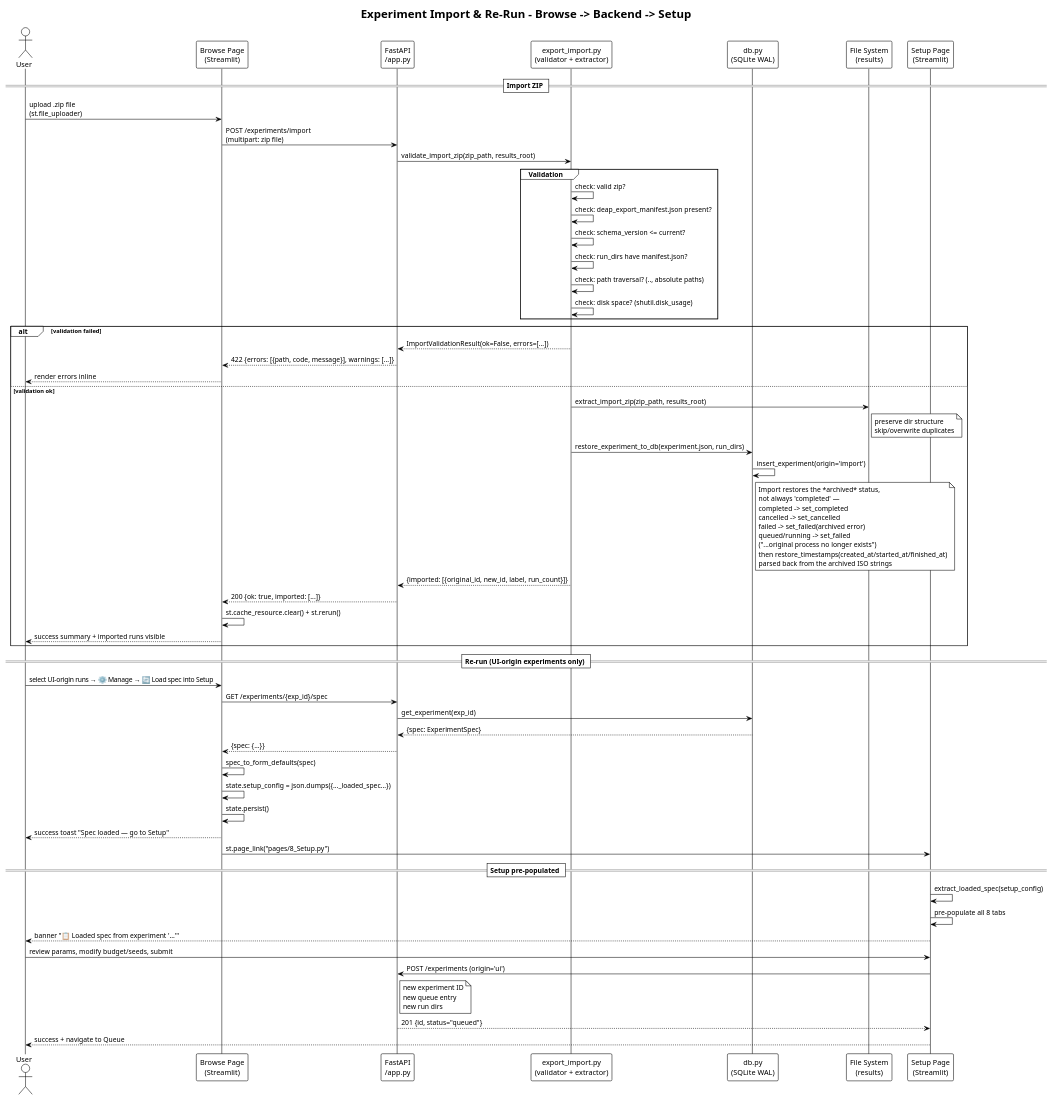
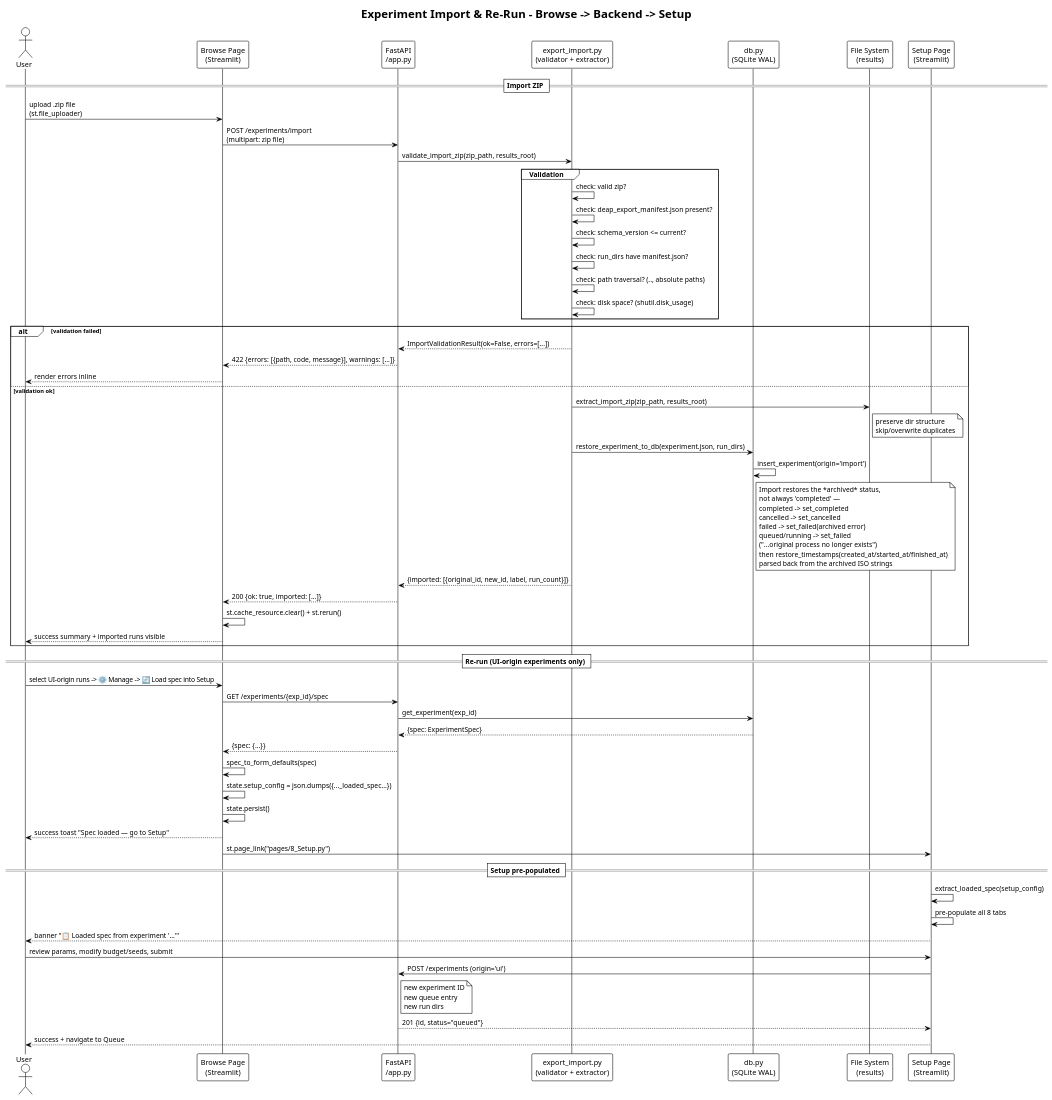
The diagram in docs/UML/sequence_import_rerun.puml (Alex180504/DEAP-Zoo-bridge), drawn with PlantUML before and after one commit. The commit also changed 76 other files, not shown here.

```diff
--- a/docs/UML/sequence_import_rerun.puml
+++ b/docs/UML/sequence_import_rerun.puml
@@ -1,65 +1,65 @@
 @startuml sequence_import_rerun
 !theme plain
 title Experiment Import & Re-Run – Browse -> Backend -> Setup
 
 actor User
 participant "Browse Page\n(Streamlit)" as Browse
 participant "FastAPI\n/app.py" as API
 participant "export_import.py\n(validator + extractor)" as EI
 participant "db.py\n(SQLite WAL)" as DB
 participant "File System\n(results)" as FS
 participant "Setup Page\n(Streamlit)" as Setup
 
 == Import ZIP ==
 User -> Browse: upload .zip file\n(st.file_uploader)
 Browse -> API: POST /experiments/import\n(multipart: zip file)
 API -> EI: validate_import_zip(zip_path, results_root)
 
 group Validation
     EI -> EI: check: valid zip?
     EI -> EI: check: deap_export_manifest.json present?
     EI -> EI: check: schema_version <= current?
     EI -> EI: check: run_dirs have manifest.json?
     EI -> EI: check: path traversal? (.., absolute paths)
     EI -> EI: check: disk space? (shutil.disk_usage)
 end
 
 alt validation failed
     EI --> API: ImportValidationResult(ok=False, errors=[...])
     API --> Browse: 422 {errors: [{path, code, message}], warnings: [...]}
     Browse --> User: render errors inline
 else validation ok
     EI -> FS: extract_import_zip(zip_path, results_root)
     note right of FS: preserve dir structure\nskip/overwrite duplicates
     EI -> DB: restore_experiment_to_db(experiment.json, run_dirs)
     DB -> DB: insert_experiment(origin='import')
     note right of DB: Import restores the *archived* status,\nnot always 'completed' —\ncompleted -> set_completed\ncancelled -> set_cancelled\nfailed -> set_failed(archived error)\nqueued/running -> set_failed\n("...original process no longer exists")\nthen restore_timestamps(created_at/started_at/finished_at)\nparsed back from the archived ISO strings
     EI --> API: {imported: [{original_id, new_id, label, run_count}]}
     API --> Browse: 200 {ok: true, imported: [...]}
     Browse -> Browse: st.cache_resource.clear() + st.rerun()
     Browse --> User: success summary + imported runs visible
 end
 
 == Re-run (UI-origin experiments only) ==
-User -> Browse: select UI-origin runs → ⚙️ Manage → 🔄 Load spec into Setup
+User -> Browse: select UI-origin runs -> ⚙️ Manage -> 🔄 Load spec into Setup
 Browse -> API: GET /experiments/{exp_id}/spec
 API -> DB: get_experiment(exp_id)
 DB --> API: {spec: ExperimentSpec}
 API --> Browse: {spec: {...}}
 Browse -> Browse: spec_to_form_defaults(spec)
 Browse -> Browse: state.setup_config = json.dumps({..._loaded_spec...})
 Browse -> Browse: state.persist()
 Browse --> User: success toast "Spec loaded — go to Setup"
 Browse -> Setup: st.page_link("pages/8_Setup.py")
 
 == Setup pre-populated ==
 Setup -> Setup: extract_loaded_spec(setup_config)
 Setup -> Setup: pre-populate all 8 tabs
 Setup --> User: banner "📋 Loaded spec from experiment '...'"
 User -> Setup: review params, modify budget/seeds, submit
 Setup -> API: POST /experiments (origin='ui')
 note right of API: new experiment ID\nnew queue entry\nnew run dirs
 API --> Setup: 201 {id, status="queued"}
 Setup --> User: success + navigate to Queue
 
 @enduml
```
